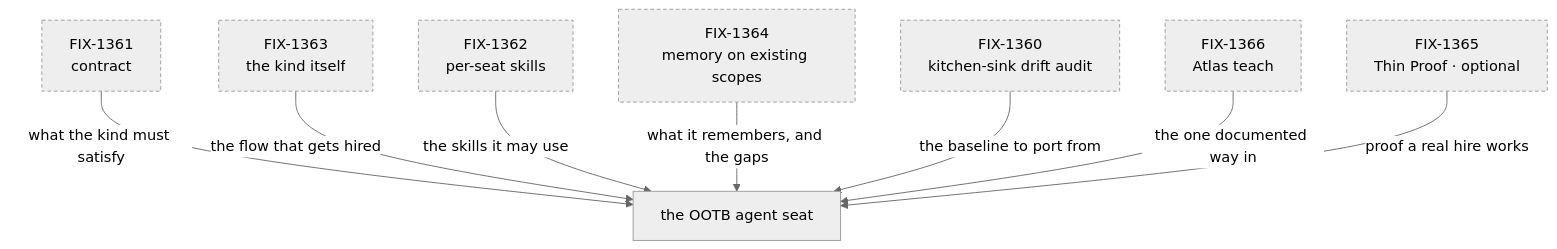
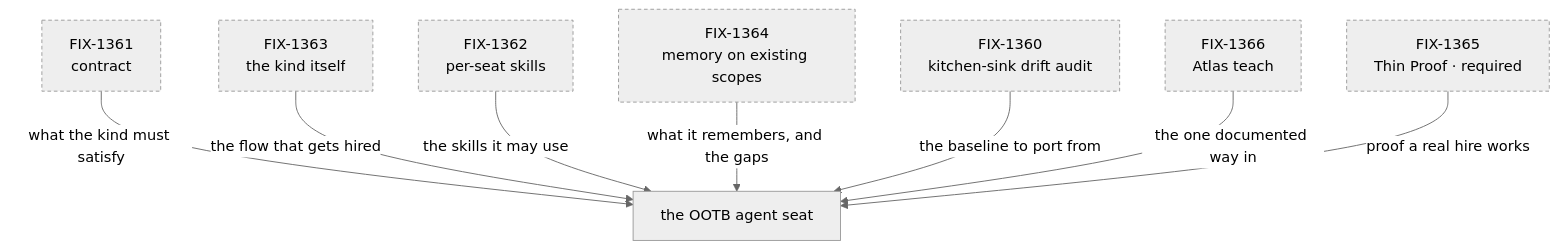
One commit to fixpoint-labs/flow-state-dev changed the third of 4 diagrams in spec/_epics/default-agent-kind.explainer.md. Above: the diagram before and after it, drawn with Mermaid (neutral theme). The commit also changed other lines of this file, not shown here.

First line of the commit message:
docs(FIX-1359): refresh epic explainer — FIX-1365 required, zero-config hire

````diff
--- a/spec/_epics/default-agent-kind.explainer.md
+++ b/spec/_epics/default-agent-kind.explainer.md
@@ -42,12 +43,12 @@
 ```mermaid
 flowchart TD
   N["FIX-1361<br/>contract"] -->|"what the kind must satisfy"| S["the OOTB agent seat"]
   B["FIX-1363<br/>the kind itself"] -->|"the flow that gets hired"| S
   SK["FIX-1362<br/>per-seat skills"] -->|"the skills it may use"| S
   M["FIX-1364<br/>memory on existing scopes"] -->|"what it remembers, and the gaps"| S
   R["FIX-1360<br/>kitchen-sink drift audit"] -->|"the baseline to port from"| S
   T["FIX-1366<br/>Atlas teach"] -->|"the one documented way in"| S
-  P["FIX-1365<br/>Thin Proof · optional"] -->|"proof a real hire works"| S
+  P["FIX-1365<br/>Thin Proof · required"] -->|"proof a real hire works"| S
   classDef notstarted stroke-dasharray: 4 3
   class N,B,SK,M,R,T,P notstarted
 ```
````
